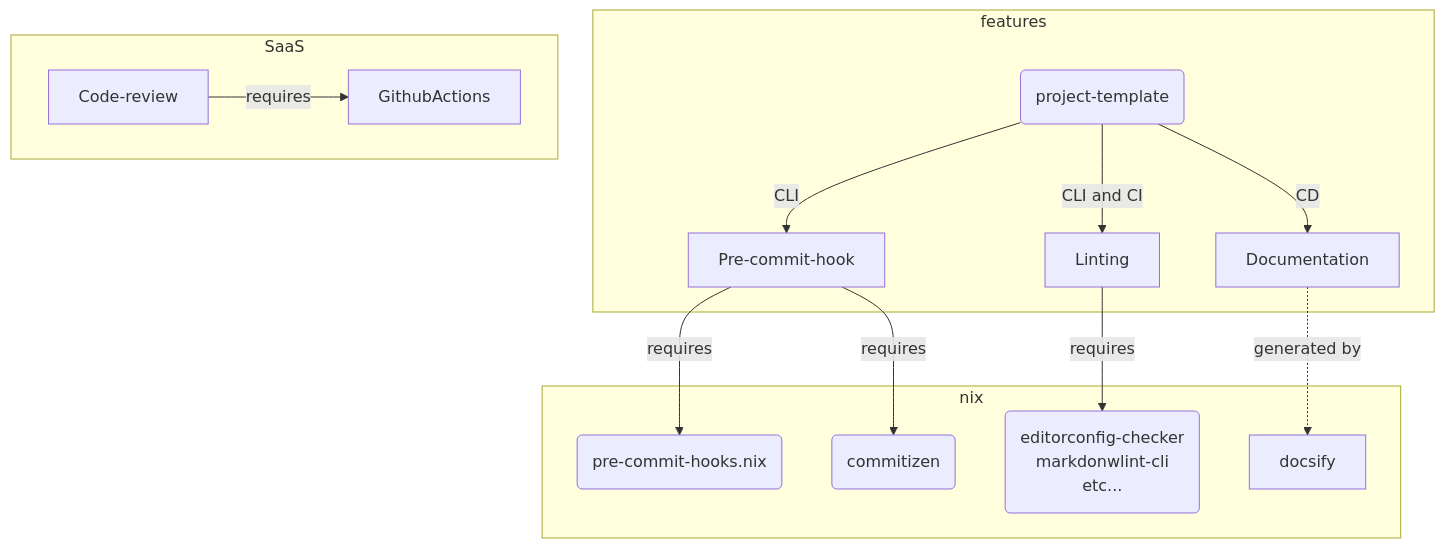
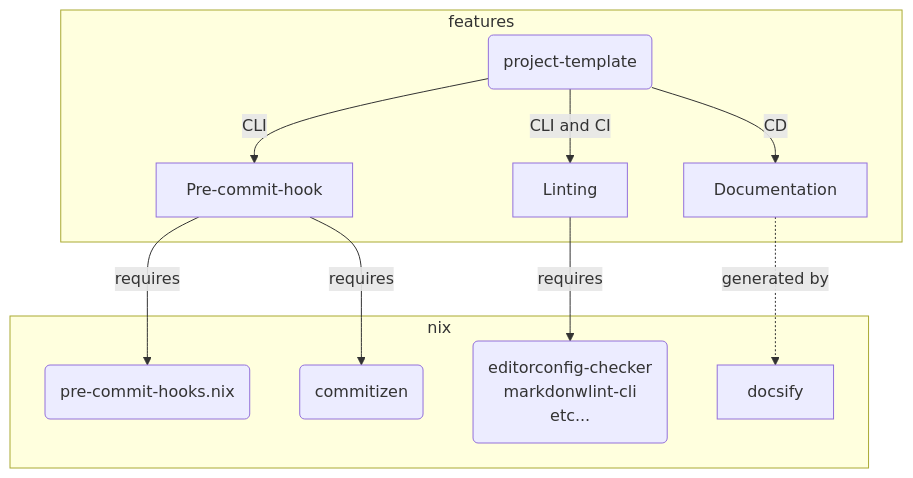
The diagram in README.md (Torimune29/rust-project-template), drawn with Mermaid before and after one commit. The commit also changed other lines of this file and 3 other files, not shown here.

````diff
--- a/README.md
+++ b/README.md
@@ -41,22 +41,19 @@
 ```mermaid
 flowchart TB
     repo(project-template)
     precommit(pre-commit-hooks.nix)
     commit(commitizen)
     lint(editorconfig-checker<br>markdonwlint-cli<br>etc...)
     repo
     subgraph features
         repo --CLI--> Pre-commit-hook
         repo --CLI and CI--> Linting
         repo --CD--> Documentation
     end
-    subgraph SaaS
-        Code-review --requires--> GithubActions
-    end
     subgraph nix
         Pre-commit-hook --requires --> precommit
         Pre-commit-hook --requires --> commit
         Linting --requires--> lint
         Documentation -.generated by.-> docsify
     end
 ```
````
